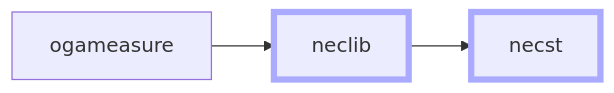
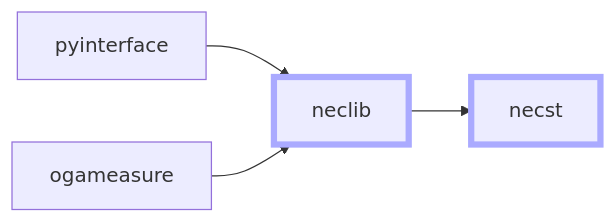
One commit to necst-telescope/design changed the first of 4 diagrams in public/assets/necst-v4/design.md. Above: the diagram before and after it, drawn with Mermaid. The commit also changed other lines of this file, not shown here.

````diff
--- a/public/assets/necst-v4/design.md
+++ b/public/assets/necst-v4/design.md
@@ -72,6 +73,7 @@
 ```mermaid
 graph LR
+  pyinterface --> neclib
   ogameasure --> neclib --> necst
 classDef thick stroke-width:5px,stroke:#AAF
 class necst,neclib thick
 ```
````
